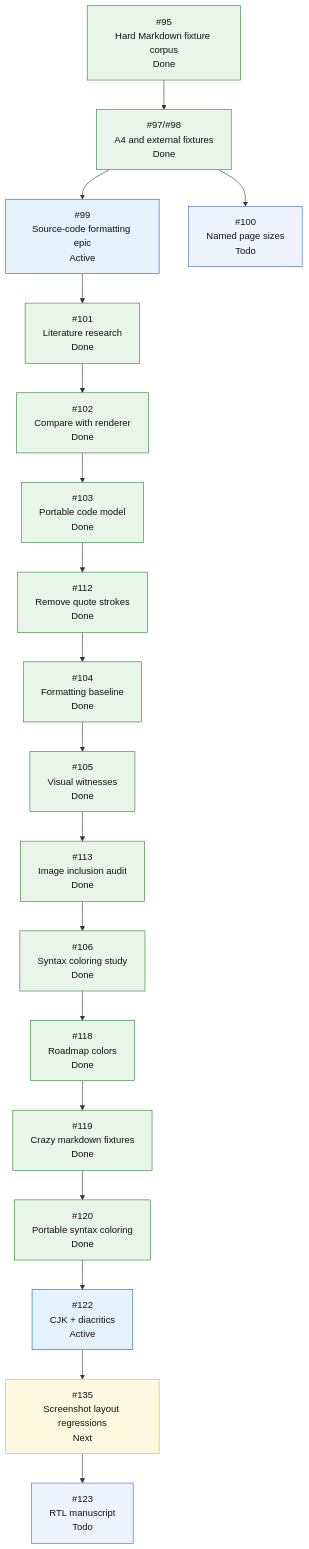
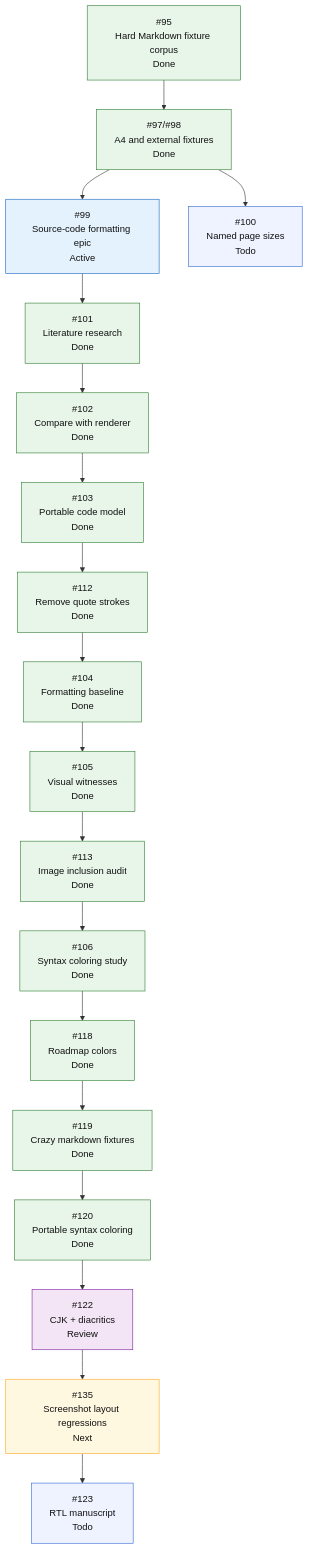
Before and after one commit to mihaelamj/MarkdownPDF: the fifth of 5 diagrams in README.md, drawn with Mermaid. The commit also changed other lines of this file, not shown here.

Commit message:
docs(roadmap): mark cjk diacritics in review

````diff
--- a/README.md
+++ b/README.md
@@ -445,37 +445,38 @@
 ```mermaid
 flowchart TD
     H0["#95<br/>Hard Markdown fixture corpus<br/>Done"]
     H1["#97/#98<br/>A4 and external fixtures<br/>Done"]
     H2["#99<br/>Source-code formatting epic<br/>Active"]
     H2A["#101<br/>Literature research<br/>Done"]
     H2B["#102<br/>Compare with renderer<br/>Done"]
     H2C["#103<br/>Portable code model<br/>Done"]
     H2D["#112<br/>Remove quote strokes<br/>Done"]
     H2E["#104<br/>Formatting baseline<br/>Done"]
     H2F["#105<br/>Visual witnesses<br/>Done"]
     H2G["#113<br/>Image inclusion audit<br/>Done"]
     H2H["#106<br/>Syntax coloring study<br/>Done"]
     H2I["#118<br/>Roadmap colors<br/>Done"]
     H2J["#119<br/>Crazy markdown fixtures<br/>Done"]
     H2K["#120<br/>Portable syntax coloring<br/>Done"]
-    H2L["#122<br/>CJK + diacritics<br/>Active"]
+    H2L["#122<br/>CJK + diacritics<br/>Review"]
     H2M["#135<br/>Screenshot layout regressions<br/>Next"]
     H2N["#123<br/>RTL manuscript<br/>Todo"]
     H3["#100<br/>Named page sizes<br/>Todo"]
 
     H0 --> H1
     H1 --> H2
     H2 --> H2A --> H2B --> H2C --> H2D --> H2E --> H2F --> H2G --> H2H --> H2I --> H2J --> H2K --> H2L --> H2M --> H2N
     H1 --> H3
 
     classDef done fill:#e8f5e9,stroke:#2e7d32,color:#111;
     classDef active fill:#e3f2fd,stroke:#1565c0,color:#111;
     classDef review fill:#f3e5f5,stroke:#7b1fa2,color:#111;
     classDef next fill:#fff8e1,stroke:#f9a825,color:#111;
     classDef todo fill:#eef3ff,stroke:#3367d6,color:#111;
     class H0,H1 done;
-    class H2,H2L active;
+    class H2 active;
     class H2A,H2B,H2C,H2D,H2E,H2F,H2G,H2H,H2I,H2J,H2K done;
+    class H2L review;
     class H2M next;
     class H2N,H3 todo;
 ```
````
